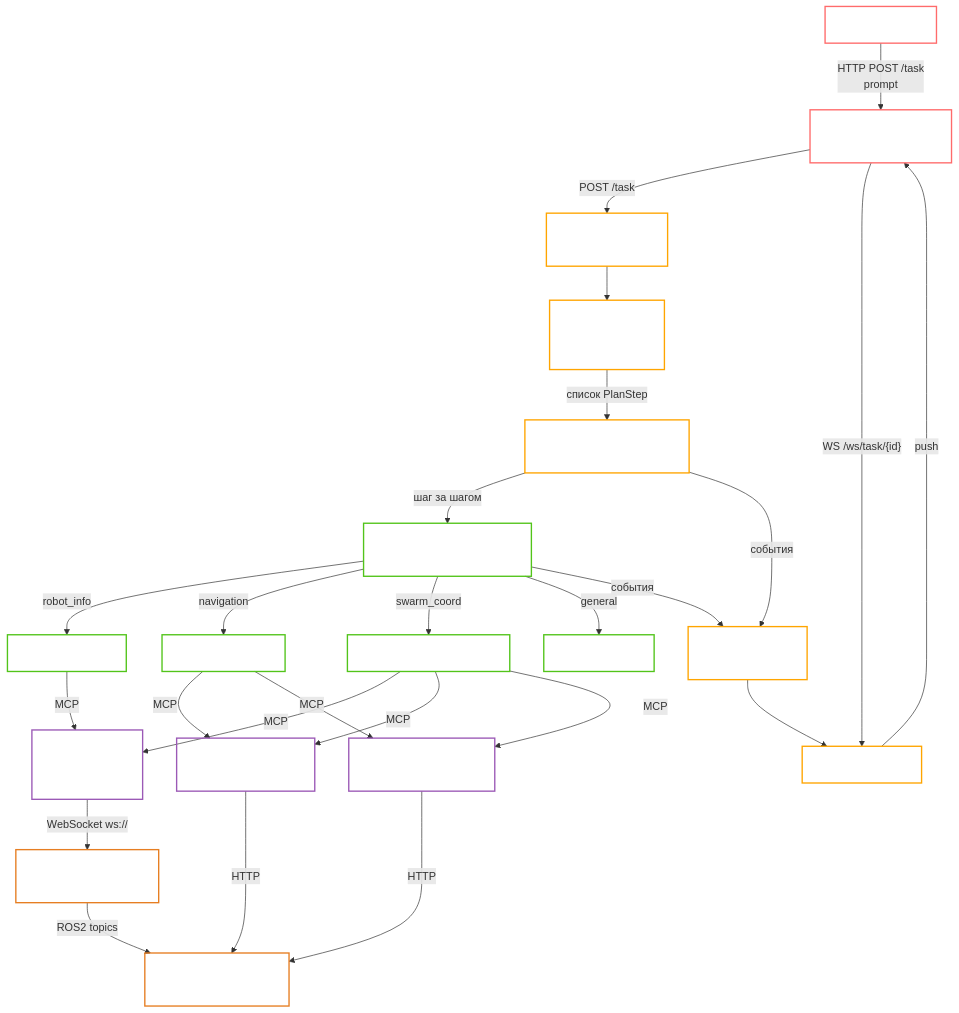
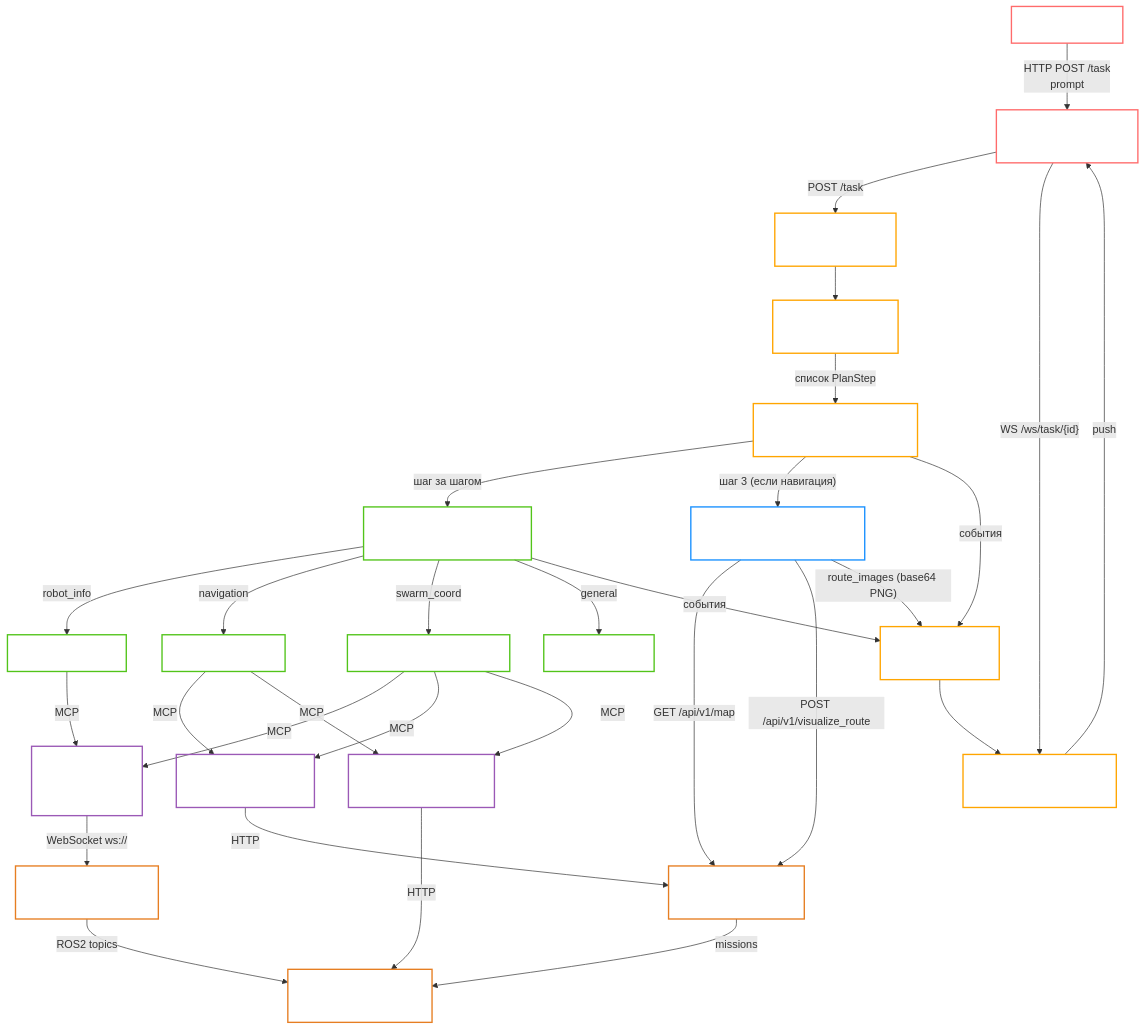
The diagram in README.md (deneal123/AgentsSwarm), drawn with Mermaid before and after one commit. The commit also changed other lines of this file and 1 other file, not shown here.

````diff
--- a/README.md
+++ b/README.md
@@ -90,73 +90,82 @@
 ```mermaid
 graph TB
     User["Пользователь"]
     Interface["Interface Service\n(backend + frontend)"]
 
     OrchestratorAPI["Orchestrator API\nPOST /task"]
     StreamCollector["StreamCollector\nбуфер событий"]
-    WebSocket["WS /ws/task/{id}"]
+    WebSocket["WS /ws/task/{id}\n(текст + изображения)"]
 
-    Planner["Planner\nэвристический\nbuilder плана"]
+    Planner["Planner\nLLM + эвристика"]
     PlanRunner["PlanRunner\nпошаговый исполнитель"]
     Router["Router Agent\nклассификация + handoff"]
 
+    MapAnalyst["MapAnalyst Agent\nанализ карты + маршруты"]
     RobotInfo["RobotInfo Agent"]
     Navigation["Navigation Agent"]
     Swarm["SwarmCoordinator Agent"]
     General["General Agent"]
 
+    MissionControlAPI["Mission Control API\n:8050"]
     RosMSP["ros-msp\nFastMCP SSE\n:8012"]
     MissionControl["mission-control-mcp\nSSE :8010"]
     MissionDispatch["mission-dispatch-mcp\nSSE :8011"]
 
-    IsaacSim["Isaac Sim / VDA5050\n(roботы)"]
+    IsaacSim["Isaac Sim / VDA5050\n(роботы)"]
     Rosbridge["rosbridge_server\n195.225.110.91:9090"]
 
     User -->|"HTTP POST /task\nprompt"| Interface
     Interface -->|"POST /task"| OrchestratorAPI
     Interface -->|"WS /ws/task/{id}"| WebSocket
 
     OrchestratorAPI --> Planner
     Planner -->|"список PlanStep"| PlanRunner
     PlanRunner -->|"шаг за шагом"| Router
+    PlanRunner -->|"шаг 3 (если навигация)"| MapAnalyst
 
     Router -->|"robot_info"| RobotInfo
     Router -->|"navigation"| Navigation
     Router -->|"swarm_coord"| Swarm
     Router -->|"general"| General
 
+    MapAnalyst -->|"GET /api/v1/map"| MissionControlAPI
+    MapAnalyst -->|"POST /api/v1/visualize_route"| MissionControlAPI
     RobotInfo -->|"MCP"| RosMSP
     Navigation -->|"MCP"| MissionControl
     Navigation -->|"MCP"| MissionDispatch
     Swarm -->|"MCP"| RosMSP
     Swarm -->|"MCP"| MissionControl
     Swarm -->|"MCP"| MissionDispatch
 
     RosMSP -->|"WebSocket ws://"| Rosbridge
     Rosbridge -->|"ROS2 topics"| IsaacSim
-    MissionControl -->|"HTTP"| IsaacSim
+    MissionControl -->|"HTTP"| MissionControlAPI
+    MissionControlAPI -->|"missions"| IsaacSim
     MissionDispatch -->|"HTTP"| IsaacSim
 
     PlanRunner -->|"события"| StreamCollector
+    MapAnalyst -->|"route_images (base64 PNG)"| StreamCollector
     Router -->|"события"| StreamCollector
     StreamCollector --> WebSocket
     WebSocket -->|"push"| Interface
 
     style User fill:none,stroke:#ff6b6b,stroke-width:2px,color:#fff
     style Interface fill:none,stroke:#ff6b6b,stroke-width:2px,color:#fff
     style OrchestratorAPI fill:none,stroke:#ffa500,stroke-width:2px,color:#fff
     style StreamCollector fill:none,stroke:#ffa500,stroke-width:2px,color:#fff
     style WebSocket fill:none,stroke:#ffa500,stroke-width:2px,color:#fff
     style Planner fill:none,stroke:#ffa500,stroke-width:2px,color:#fff
     style PlanRunner fill:none,stroke:#ffa500,stroke-width:2px,color:#fff
     style Router fill:none,stroke:#52c41a,stroke-width:2px,color:#fff
+    style MapAnalyst fill:none,stroke:#1890ff,stroke-width:2px,color:#fff
     style RobotInfo fill:none,stroke:#52c41a,stroke-width:2px,color:#fff
     style Navigation fill:none,stroke:#52c41a,stroke-width:2px,color:#fff
     style Swarm fill:none,stroke:#52c41a,stroke-width:2px,color:#fff
     style General fill:none,stroke:#52c41a,stroke-width:2px,color:#fff
     style RosMSP fill:none,stroke:#9b59b6,stroke-width:2px,color:#fff
     style MissionControl fill:none,stroke:#9b59b6,stroke-width:2px,color:#fff
     style MissionDispatch fill:none,stroke:#9b59b6,stroke-width:2px,color:#fff
+    style MissionControlAPI fill:none,stroke:#e67e22,stroke-width:2px,color:#fff
     style IsaacSim fill:none,stroke:#e67e22,stroke-width:2px,color:#fff
     style Rosbridge fill:none,stroke:#e67e22,stroke-width:2px,color:#fff
 ```
````
